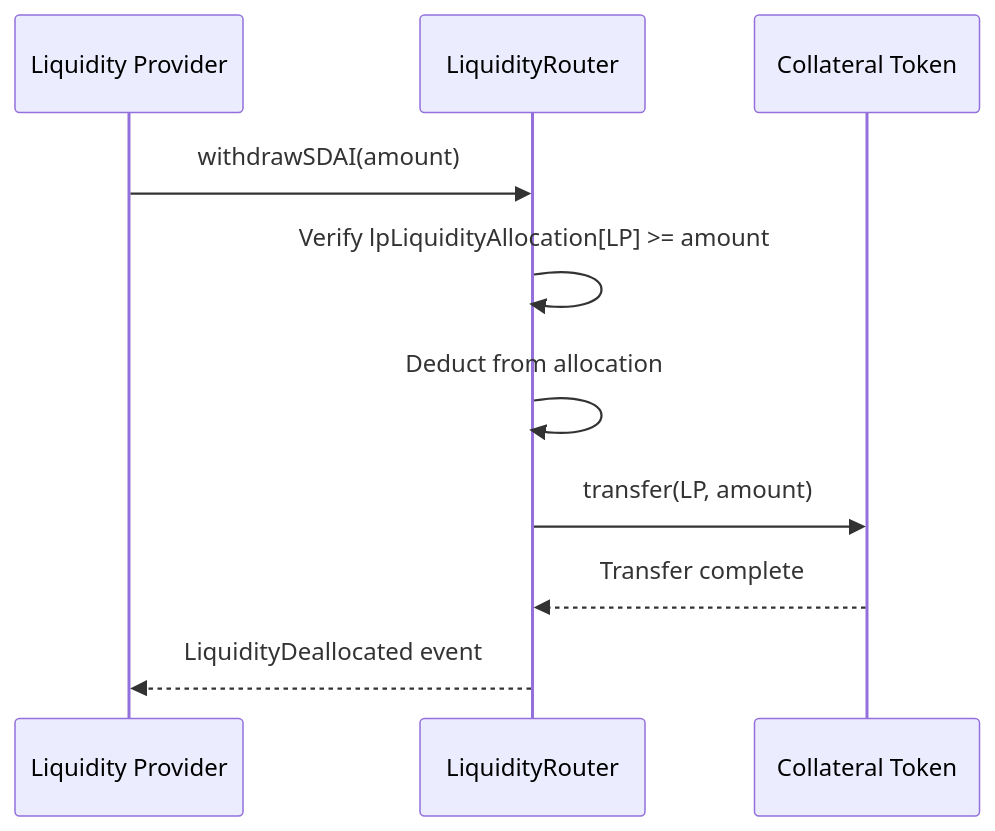
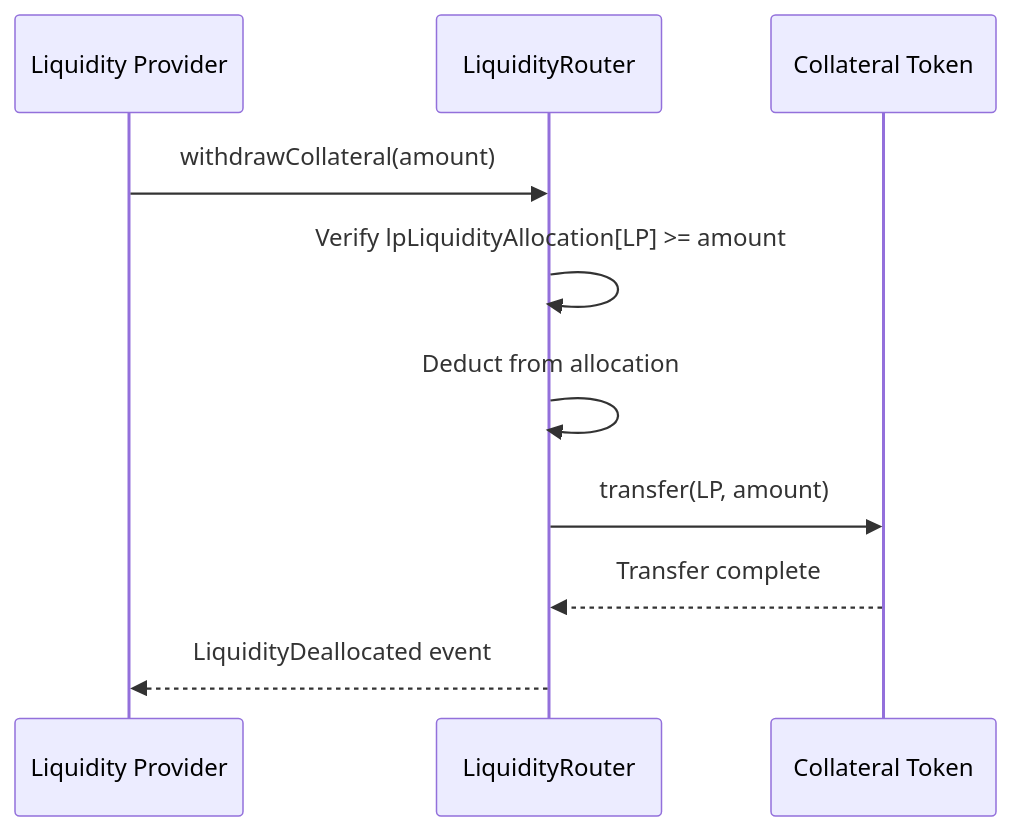
Before and after one commit to madschristensen99/wrapsynth: diagram 17 of 27 in docs/sequenceDiagrams.md, drawn with Mermaid. The commit also changed other lines of this file and 1 other file, not shown here.

First line of the commit message:
Fix Mermaid parse errors + generalize docs to chain-agnostic terms

````diff
--- a/docs/sequenceDiagrams.md
+++ b/docs/sequenceDiagrams.md
@@ -943,13 +943,13 @@
 ```mermaid
 sequenceDiagram
     participant LP as Liquidity Provider
     participant Router as LiquidityRouter
     participant Collateral as Collateral Token
 
-    LP->>Router: withdrawSDAI(amount)
+    LP->>Router: withdrawCollateral(amount)
     Router->>Router: Verify lpLiquidityAllocation[LP] >= amount
     Router->>Router: Deduct from allocation
     Router->>Collateral: transfer(LP, amount)
     Collateral-->>Router: Transfer complete
     Router-->>LP: LiquidityDeallocated event
 ```
````
